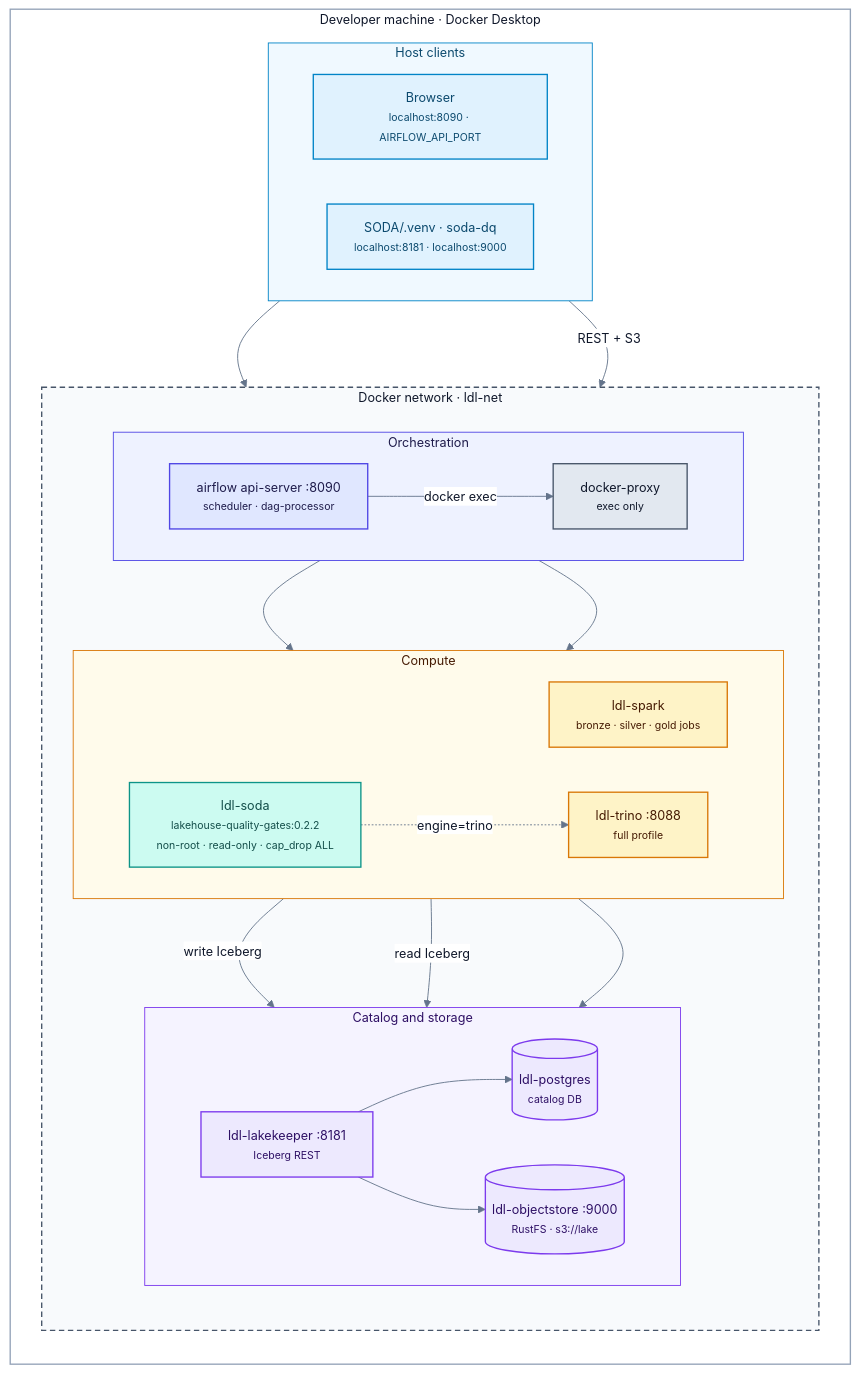
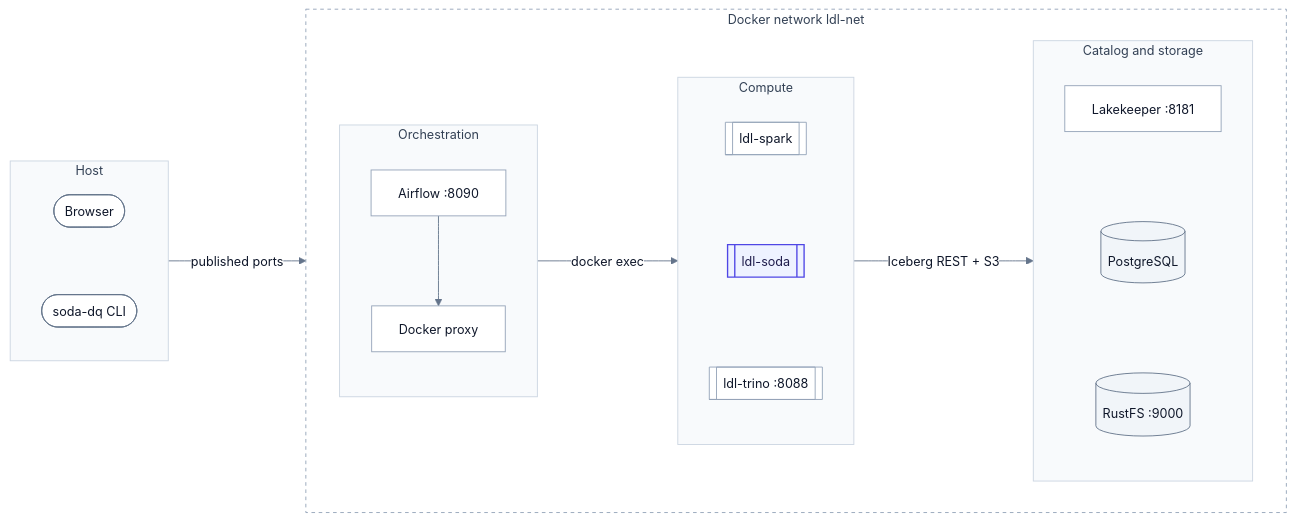
One commit to santoshshinde2012/lakehouse-quality-gates changed the fourth of 4 diagrams in README.md. Above: the diagram before and after it, drawn with Mermaid. The commit also changed other lines of this file and 21 other files, not shown here.

Commit message:
docs: professional system architecture diagram

````diff
--- a/README.md
+++ b/README.md
@@ -203,58 +240,47 @@
 ```mermaid
-%%{init: {'theme':'base','themeVariables':{'fontFamily':'Inter, system-ui, -apple-system, Segoe UI, Helvetica, Arial, sans-serif','fontSize':'14px','primaryColor':'#eef2ff','primaryTextColor':'#0f172a','primaryBorderColor':'#6366f1','secondaryColor':'#f1f5f9','secondaryTextColor':'#0f172a','secondaryBorderColor':'#94a3b8','tertiaryColor':'#f8fafc','tertiaryTextColor':'#0f172a','tertiaryBorderColor':'#cbd5e1','lineColor':'#64748b','textColor':'#0f172a','nodeTextColor':'#0f172a','titleColor':'#0f172a','clusterBkg':'#f8fafc','clusterBorder':'#94a3b8','edgeLabelBackground':'#ffffff','noteBkgColor':'#fef9c3','noteTextColor':'#422006','noteBorderColor':'#ca8a04','actorBkg':'#eef2ff','actorBorder':'#6366f1','actorTextColor':'#1e1b4b','actorLineColor':'#94a3b8','signalColor':'#334155','signalTextColor':'#0f172a','labelBoxBkgColor':'#eef2ff','labelBoxBorderColor':'#6366f1','labelTextColor':'#1e1b4b','loopTextColor':'#1e1b4b','activationBkgColor':'#e0e7ff','activationBorderColor':'#4f46e5','sequenceNumberColor':'#ffffff','classText':'#0f172a'}}}%%
-flowchart TB
-  subgraph HOST["Developer machine · Docker Desktop"]
+%%{init: {'theme':'base','themeVariables':{'fontFamily':'Inter, system-ui, -apple-system, Segoe UI, Helvetica, Arial, sans-serif','fontSize':'14px','primaryColor':'#ffffff','primaryTextColor':'#0f172a','primaryBorderColor':'#94a3b8','secondaryColor':'#f8fafc','tertiaryColor':'#f8fafc','lineColor':'#64748b','textColor':'#0f172a','clusterBkg':'#f8fafc','clusterBorder':'#cbd5e1','titleColor':'#334155','edgeLabelBackground':'#ffffff','noteBkgColor':'#f8fafc','noteTextColor':'#0f172a','noteBorderColor':'#cbd5e1','actorBkg':'#ffffff','actorBorder':'#94a3b8','actorTextColor':'#0f172a','actorLineColor':'#94a3b8','signalColor':'#475569','signalTextColor':'#0f172a','labelBoxBkgColor':'#f8fafc','labelBoxBorderColor':'#94a3b8','labelTextColor':'#0f172a','loopTextColor':'#0f172a','activationBkgColor':'#eef2ff','activationBorderColor':'#4f46e5','sequenceNumberColor':'#ffffff','classText':'#0f172a'}}}%%
+flowchart LR
+  subgraph HOST["Host"]
     direction TB
-    subgraph CLIENTS["Host clients"]
-      direction LR
-      BRW["Browser<br/><small>localhost:8090 · AIRFLOW_API_PORT</small>"]:::entry
-      VENV["SODA/.venv · soda-dq<br/><small>localhost:8181 · localhost:9000</small>"]:::entry
+    BRW(["Browser"]):::actor
+    CLI(["soda-dq CLI"]):::actor
+    BRW ~~~ CLI
+  end
+  subgraph NET["Docker network ldl-net"]
+    direction LR
+    subgraph ORCH["Orchestration"]
+      direction TB
+      AF["Airflow :8090"]:::node
+      PX["Docker proxy"]:::node
+      AF --> PX
     end
-    subgraph NET["Docker network · ldl-net"]
+    subgraph RUN["Compute"]
       direction TB
-      subgraph ORCH["Orchestration"]
-        direction LR
-        AF["airflow api-server :8090<br/><small>scheduler · dag-processor</small>"]:::app
-        DP["docker-proxy<br/><small>exec only</small>"]:::root
-      end
-      subgraph RUN["Compute"]
-        direction LR
-        SP["ldl-spark<br/><small>bronze · silver · gold jobs</small>"]:::platform
-        SO["ldl-soda<br/><small>lakehouse-quality-gates:0.2.2<br/>non-root · read-only · cap_drop ALL</small>"]:::adapter
-        TR["ldl-trino :8088<br/><small>full profile</small>"]:::platform
-      end
-      subgraph STORE["Catalog and storage"]
-        direction LR
-        LK["ldl-lakekeeper :8181<br/><small>Iceberg REST</small>"]:::domain
-        PG[("ldl-postgres<br/><small>catalog DB</small>")]:::domain
-        OS[("ldl-objectstore :9000<br/><small>RustFS · s3://lake</small>")]:::domain
-      end
+      SP[["ldl-spark"]]:::node
+      SO[["ldl-soda"]]:::ours
+      TR[["ldl-trino :8088"]]:::node
+      SP ~~~ SO ~~~ TR
     end
+    subgraph STORE["Catalog and storage"]
+      direction TB
+      LK["Lakekeeper :8181"]:::node
+      PG[("PostgreSQL")]:::store
+      OS[("RustFS :9000")]:::store
+      LK ~~~ PG ~~~ OS
+    end
+    ORCH -->|docker exec| RUN
+    RUN -->|Iceberg REST + S3| STORE
   end
-  BRW --> AF
-  AF -->|docker exec| DP
-  DP --> SP
-  DP --> SO
-  SP -->|write Iceberg| LK
-  SO -->|read Iceberg| LK
-  SO -. "engine=trino" .-> TR
-  TR --> LK
-  VENV -->|REST + S3| LK
-  LK --> PG
-  LK --> OS
-  classDef entry fill:#e0f2fe,stroke:#0284c7,stroke-width:1.5px,color:#0c4a6e
-  classDef root fill:#e2e8f0,stroke:#475569,stroke-width:1.5px,color:#0f172a
-  classDef app fill:#e0e7ff,stroke:#4f46e5,stroke-width:1.5px,color:#1e1b4b
-  classDef domain fill:#ede9fe,stroke:#7c3aed,stroke-width:1.5px,color:#2e1065
-  classDef adapter fill:#ccfbf1,stroke:#0d9488,stroke-width:1.5px,color:#134e4a
-  classDef platform fill:#fef3c7,stroke:#d97706,stroke-width:1.5px,color:#451a03
-  classDef xcut fill:#f1f5f9,stroke:#64748b,stroke-width:1.5px,stroke-dasharray:4 3,color:#1e293b
-  classDef pass fill:#dcfce7,stroke:#16a34a,stroke-width:1.5px,color:#14532d
-  classDef fail fill:#fee2e2,stroke:#dc2626,stroke-width:2px,color:#7f1d1d
-  style HOST fill:#ffffff,stroke:#94a3b8,stroke-width:1.5px,color:#0f172a
-  style CLIENTS fill:#f0f9ff,stroke:#0284c7,stroke-width:1px,color:#0c4a6e
-  style NET fill:#f8fafc,stroke:#475569,stroke-width:1.5px,stroke-dasharray:6 4,color:#0f172a
-  style ORCH fill:#eef2ff,stroke:#4f46e5,stroke-width:1px,color:#1e1b4b
-  style RUN fill:#fffbeb,stroke:#d97706,stroke-width:1px,color:#451a03
-  style STORE fill:#f5f3ff,stroke:#7c3aed,stroke-width:1px,color:#2e1065
+  HOST -->|published ports| NET
+  classDef node fill:#ffffff,stroke:#94a3b8,stroke-width:1px,color:#0f172a
+  classDef store fill:#f1f5f9,stroke:#64748b,stroke-width:1px,color:#0f172a
+  classDef ours fill:#eef2ff,stroke:#4f46e5,stroke-width:1.5px,color:#1e1b4b
+  classDef actor fill:#ffffff,stroke:#64748b,stroke-width:1px,color:#0f172a
+  classDef blocked fill:#fef2f2,stroke:#dc2626,stroke-width:1.5px,color:#7f1d1d
+  classDef pass fill:#f0fdf4,stroke:#16a34a,stroke-width:1.5px,color:#14532d
+  style HOST fill:#f8fafc,stroke:#cbd5e1,stroke-width:1px,color:#334155
+  style NET fill:#ffffff,stroke:#94a3b8,stroke-width:1px,stroke-dasharray:4 4,color:#334155
+  style ORCH fill:#f8fafc,stroke:#cbd5e1,stroke-width:1px,color:#334155
+  style RUN fill:#f8fafc,stroke:#cbd5e1,stroke-width:1px,color:#334155
+  style STORE fill:#f8fafc,stroke:#cbd5e1,stroke-width:1px,color:#334155
 ```
````
